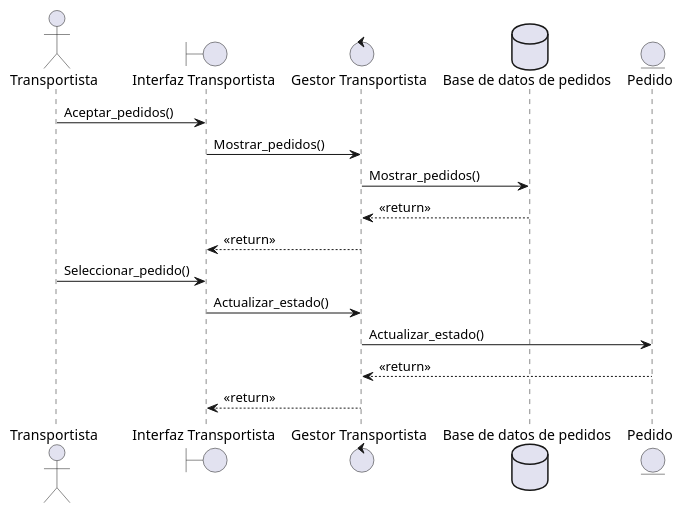
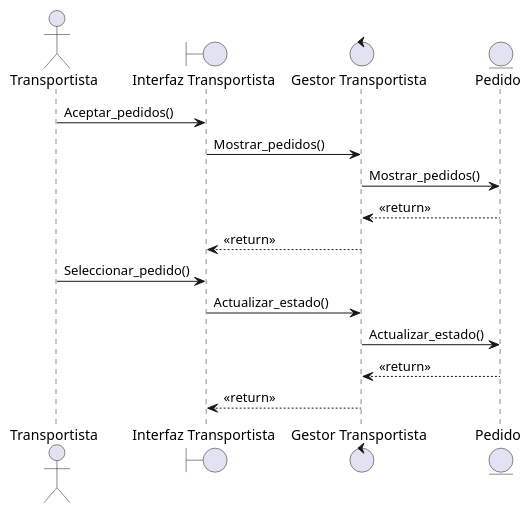
Before and after one commit to Ashwrai/Documentation_practice: the diagram in others/working-documents/sprint-4/umls/aceptar_entrega_de_pedidos.plantuml, drawn with PlantUML.

```diff
--- a/others/working-documents/sprint-4/umls/aceptar_entrega_de_pedidos.plantuml
+++ b/others/working-documents/sprint-4/umls/aceptar_entrega_de_pedidos.plantuml
@@ -1,20 +1,19 @@
 @startuml
 
 actor Transportista
 boundary "Interfaz Transportista"
 control "Gestor Transportista"
-database "Base de datos de pedidos"
 entity Pedido
 
 Transportista -> "Interfaz Transportista": Aceptar_pedidos()
 "Interfaz Transportista" -> "Gestor Transportista": Mostrar_pedidos()
-"Gestor Transportista" -> "Base de datos de pedidos": Mostrar_pedidos()
-"Base de datos de pedidos" --> "Gestor Transportista": <<return>>
+"Gestor Transportista" -> Pedido: Mostrar_pedidos()
+Pedido --> "Gestor Transportista": <<return>>
 "Gestor Transportista" --> "Interfaz Transportista": <<return>>
 Transportista -> "Interfaz Transportista": Seleccionar_pedido()
 "Interfaz Transportista" -> "Gestor Transportista": Actualizar_estado()
 "Gestor Transportista" -> Pedido: Actualizar_estado()
 Pedido --> "Gestor Transportista": <<return>>
 "Gestor Transportista" --> "Interfaz Transportista": <<return>>
 
 @enduml
```
